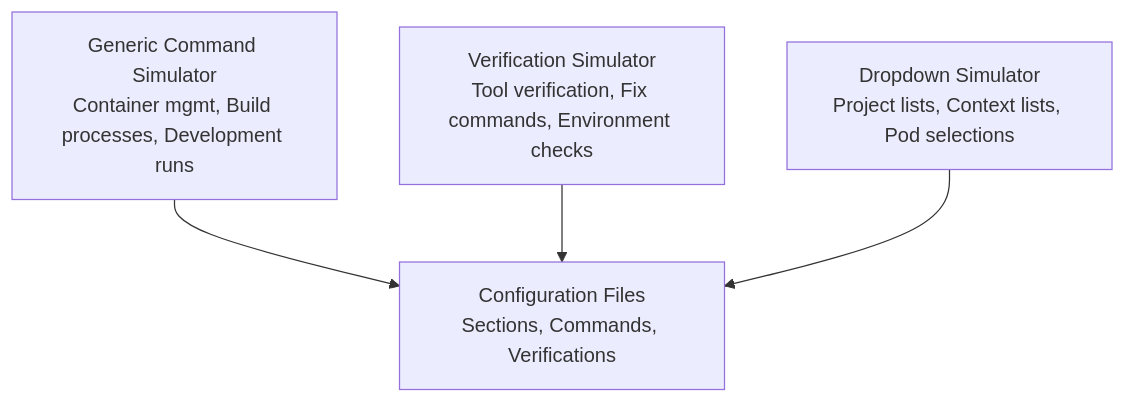
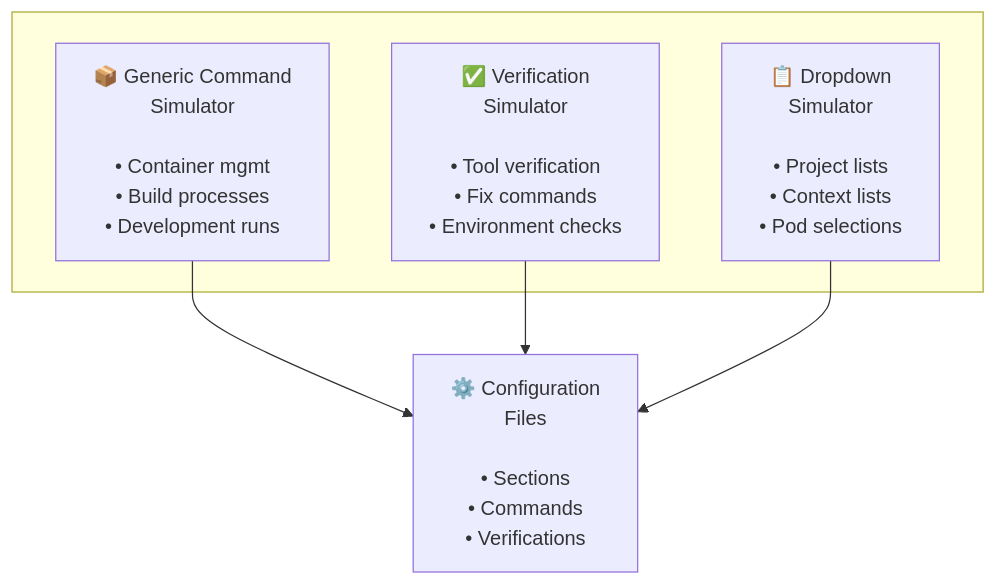
The diagram in docs/development/simulation-system.md (sagy101/ProjectName-Manager), drawn with Mermaid before and after one commit.

Commit message:
better diagram

````diff
--- a/docs/development/simulation-system.md
+++ b/docs/development/simulation-system.md
@@ -24,11 +24,18 @@
 ```mermaid
 flowchart TD
-    A[Generic Command Simulator<br/>Container mgmt, Build processes, Development runs]
-    B[Verification Simulator<br/>Tool verification, Fix commands, Environment checks]  
-    C[Dropdown Simulator<br/>Project lists, Context lists, Pod selections]
-    D[Configuration Files<br/>Sections, Commands, Verifications]
+    GCS["📦 Generic Command<br/>Simulator<br/><br/>• Container mgmt<br/>• Build processes<br/>• Development runs"]
+    VS["✅ Verification<br/>Simulator<br/><br/>• Tool verification<br/>• Fix commands<br/>• Environment checks"]
+    DS["📋 Dropdown<br/>Simulator<br/><br/>• Project lists<br/>• Context lists<br/>• Pod selections"]
     
-    A --> D
-    B --> D
-    C --> D
+    CONFIG["⚙️ Configuration<br/>Files<br/><br/>• Sections<br/>• Commands<br/>• Verifications"]
+    
+    GCS --> CONFIG
+    VS --> CONFIG
+    DS --> CONFIG
+    
+    subgraph " "
+        GCS
+        VS  
+        DS
+    end
 ```
````
